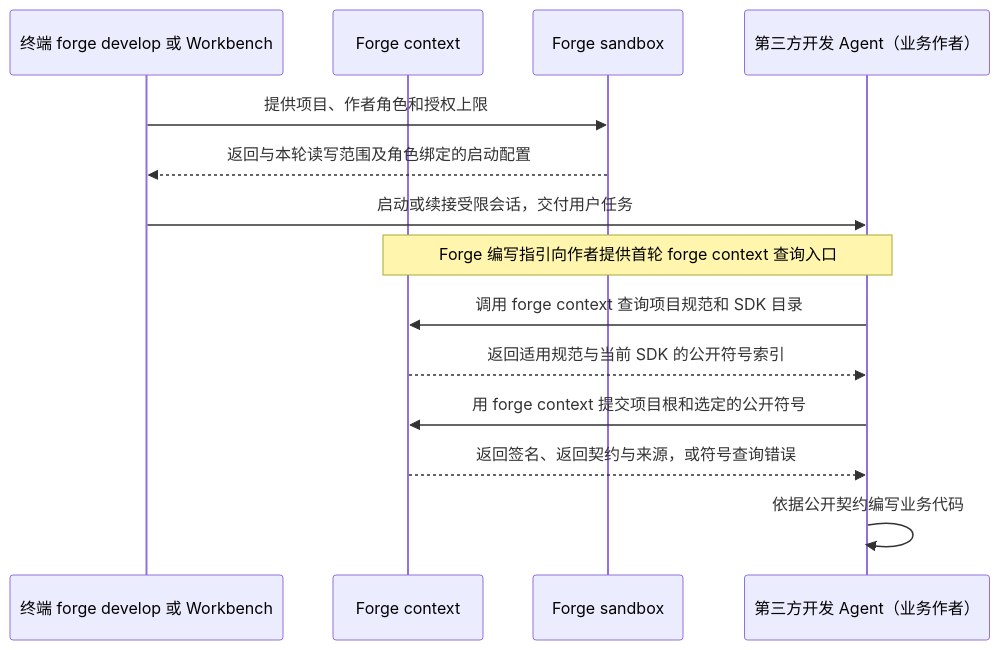
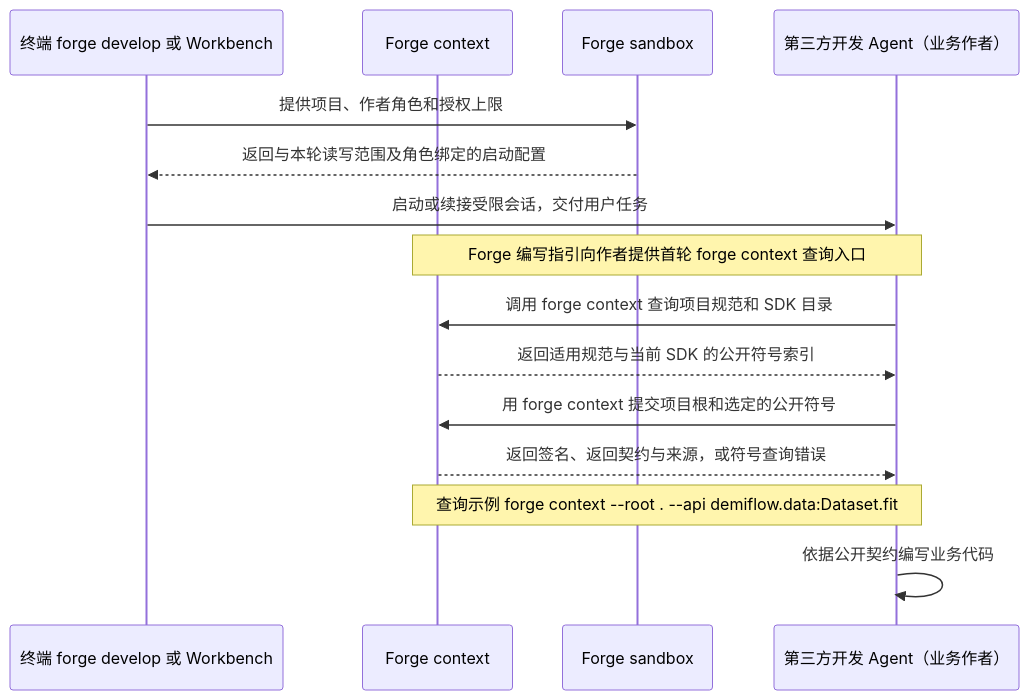
One commit to vincent9299/demiflow changed the third of 14 diagrams in docs/demiflow-architecture.md. Above: the diagram before and after it, drawn with Mermaid. The commit also changed other lines of this file, not shown here.

Commit message:
Organize architecture into numbered responsibilities and linked sequence diagrams

````diff
--- a/docs/demiflow-architecture.md
+++ b/docs/demiflow-architecture.md
@@ -142,16 +151,17 @@
 ```mermaid
 sequenceDiagram
     participant H as 终端 forge develop 或 Workbench
     participant C as Forge context
     participant S as Forge sandbox
     participant A as 第三方开发 Agent（业务作者）
     H->>S: 提供项目、作者角色和授权上限
     S-->>H: 返回与本轮读写范围及角色绑定的启动配置
     H->>A: 启动或续接受限会话，交付用户任务
     Note over C,A: Forge 编写指引向作者提供首轮 forge context 查询入口
     A->>C: 调用 forge context 查询项目规范和 SDK 目录
     C-->>A: 返回适用规范与当前 SDK 的公开符号索引
     A->>C: 用 forge context 提交项目根和选定的公开符号
     C-->>A: 返回签名、返回契约与来源，或符号查询错误
+    Note over A,C: 查询示例 forge context --root . --api demiflow.data:Dataset.fit
     A->>A: 依据公开契约编写业务代码
 ```
````
